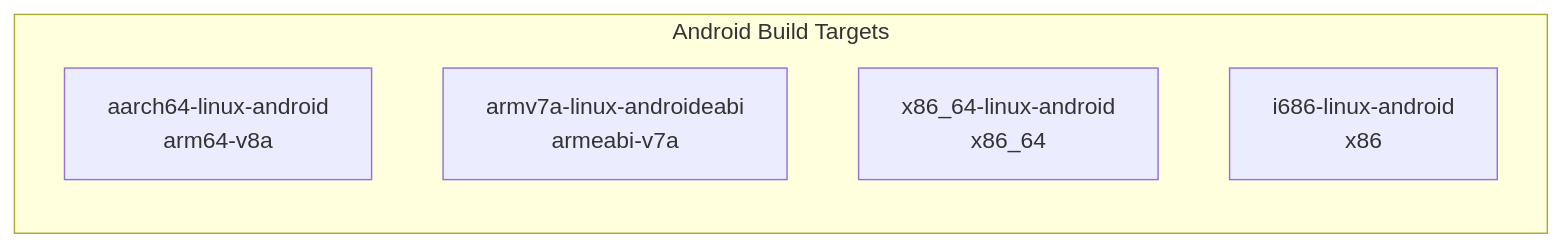
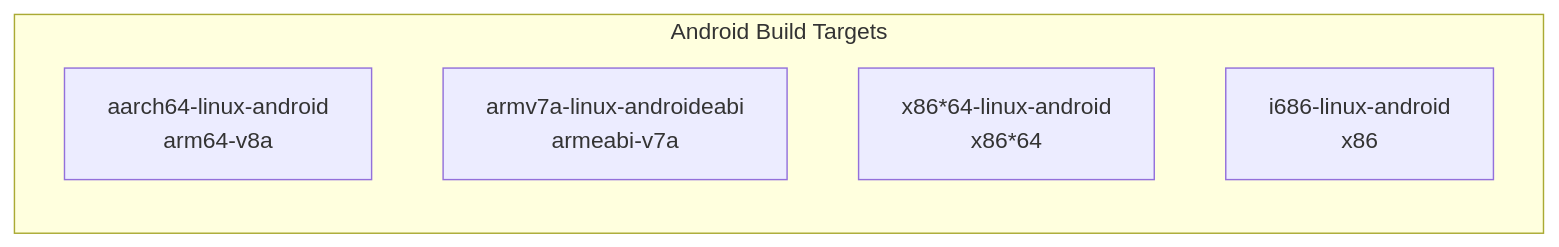
Diagram 15 of 15 in docs/architecture/mobile.md (home-lang/craft), drawn with Mermaid before and after one commit. The commit also changed other lines of this file and 46 other files, not shown here.

````diff
--- a/docs/architecture/mobile.md
+++ b/docs/architecture/mobile.md
@@ -388,9 +388,9 @@
 ```mermaid
 graph LR
     subgraph "Android Build Targets"
         ARM64[aarch64-linux-android<br/>arm64-v8a]
         ARM[armv7a-linux-androideabi<br/>armeabi-v7a]
-        X64[x86_64-linux-android<br/>x86_64]
+        X64[x86*64-linux-android<br/>x86*64]
         X86[i686-linux-android<br/>x86]
     end
 ```
````
